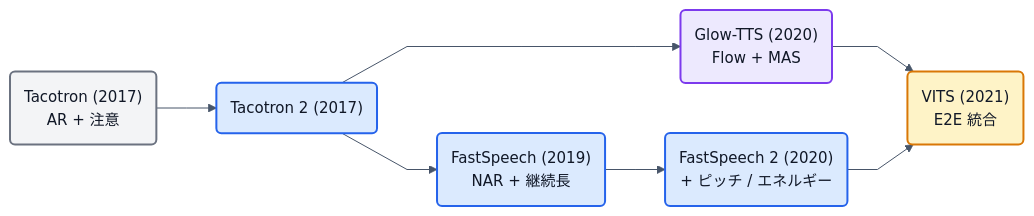
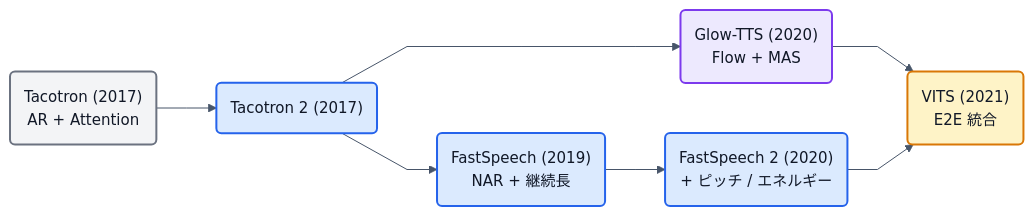
The second of 2 diagrams in articles/acoustic-model-for-cats.md (nnn112358/zenn_001), drawn with Mermaid before and after one commit. The commit also changed other lines of this file and 1 other file, not shown here.

````diff
--- a/articles/acoustic-model-for-cats.md
+++ b/articles/acoustic-model-for-cats.md
@@ -115,23 +115,23 @@
 ```mermaid
 %%{init: {'theme':'base','themeVariables':{'lineColor':'#475569','fontFamily':'Noto Sans CJK JP, sans-serif','fontSize':'15px'},'flowchart':{'padding':14,'nodeSpacing':50,'rankSpacing':60,'curve':'linear'}}}%%
 flowchart LR
-    t1("Tacotron (2017)<br/>AR + 注意"):::gray
+    t1("Tacotron (2017)<br/>AR + Attention"):::gray
     t2("Tacotron 2 (2017)"):::blue
     fs("FastSpeech (2019)<br/>NAR + 継続長"):::blue
     fs2("FastSpeech 2 (2020)<br/>+ ピッチ / エネルギー"):::blue
     gt("Glow-TTS (2020)<br/>Flow + MAS"):::purple
     vits("VITS (2021)<br/>E2E 統合"):::amber
     t1 --> t2
     t2 --> fs
     fs --> fs2
     t2 --> gt
     gt --> vits
     fs2 --> vits
     classDef blue fill:#dbeafe,stroke:#2563eb,stroke-width:2px,color:#111827
     classDef amber fill:#fef3c7,stroke:#d97706,stroke-width:2px,color:#111827
     classDef purple fill:#ede9fe,stroke:#7c3aed,stroke-width:2px,color:#111827
     classDef pink fill:#fce7f3,stroke:#db2777,stroke-width:2px,color:#111827
     classDef green fill:#dcfce7,stroke:#16a34a,stroke-width:2px,color:#111827
     classDef gray fill:#f3f4f6,stroke:#6b7280,stroke-width:2px,color:#111827
     classDef red fill:#fee2e2,stroke:#dc2626,stroke-width:2px,color:#111827
 ```
````
